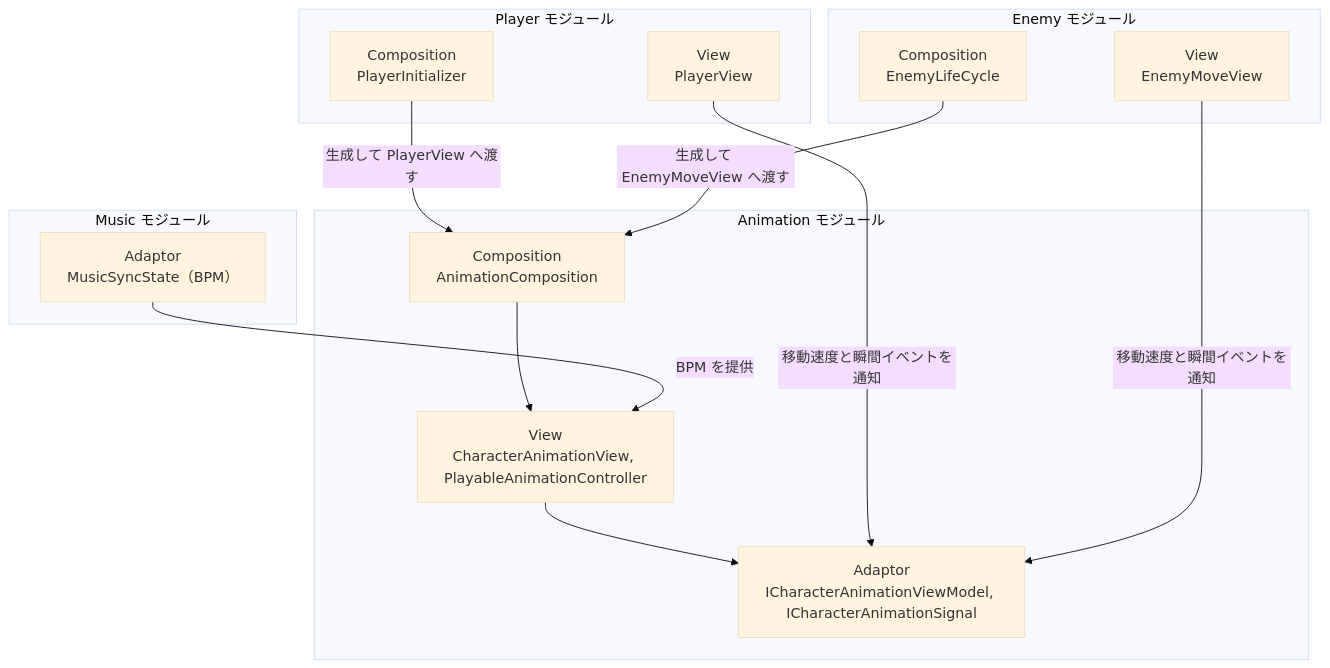
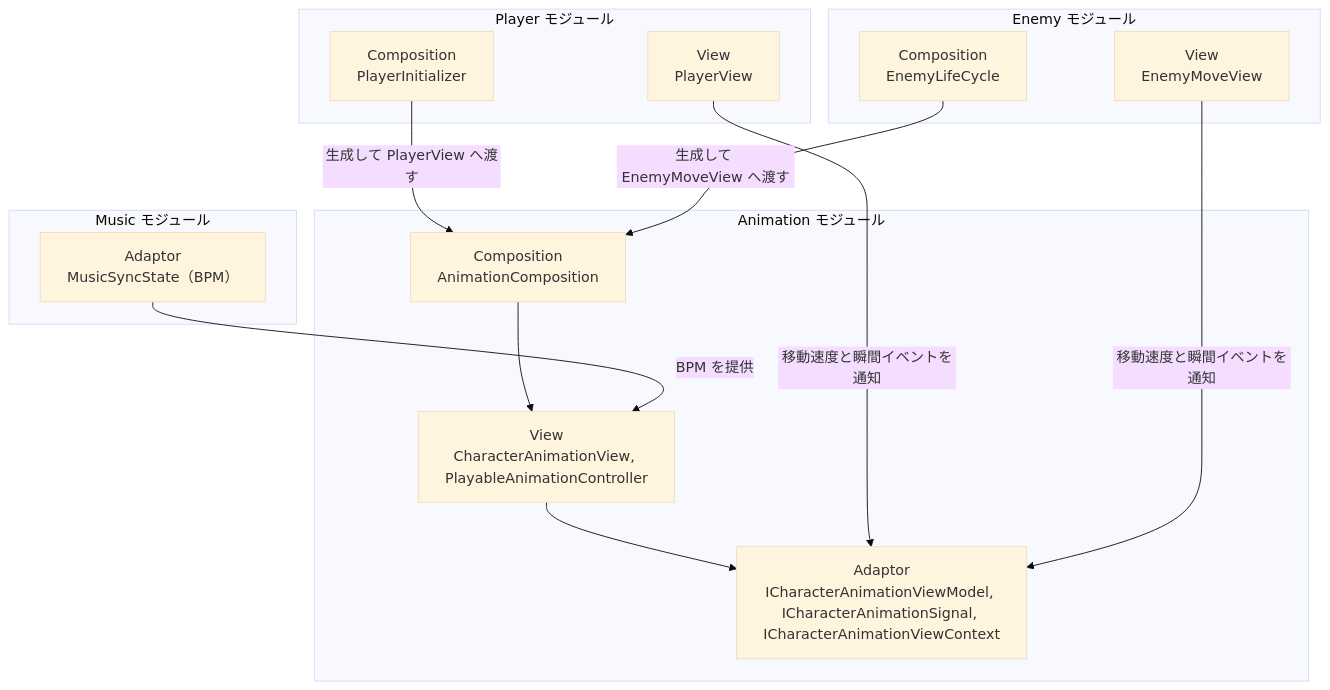
Before and after one commit to HIBIKI5201/SymphonyKillChord: the first of 3 diagrams in Assets/Docs/ScriptsDocs/Modules/NotionModuleDocs/Animation.md, drawn with Mermaid (base theme). The commit also changed other lines of this file and 8 other files, not shown here.

````diff
--- a/Assets/Docs/ScriptsDocs/Modules/NotionModuleDocs/Animation.md
+++ b/Assets/Docs/ScriptsDocs/Modules/NotionModuleDocs/Animation.md
@@ -50,32 +50,32 @@
 ```mermaid
 graph TD
     %% 定義 (接続のないレイヤーは省略)
     subgraph AnimationModule [Animation モジュール]
-        A_Adaptor["Adaptor<br>ICharacterAnimationViewModel, ICharacterAnimationSignal"]
+        A_Adaptor["Adaptor<br>ICharacterAnimationViewModel, ICharacterAnimationSignal, ICharacterAnimationViewContext"]
         A_View["View<br>CharacterAnimationView, PlayableAnimationController"]
         A_Composition["Composition<br>AnimationComposition"]
         A_View --> A_Adaptor
         A_Composition --> A_View
     end
 
     subgraph PlayerModule [Player モジュール]
         P_View["View<br>PlayerView"]
         P_Composition["Composition<br>PlayerInitializer"]
     end
 
     subgraph EnemyModule [Enemy モジュール]
         E_View["View<br>EnemyMoveView"]
         E_Composition["Composition<br>EnemyLifeCycle"]
     end
 
     subgraph MusicModule [Music モジュール]
         M_State["Adaptor<br>MusicSyncState（BPM）"]
     end
 
     %% 依存関係
     P_Composition -->|"生成して PlayerView へ渡す"| A_Composition
     E_Composition -->|"生成して EnemyMoveView へ渡す"| A_Composition
     P_View -->|"移動速度と瞬間イベントを通知"| A_Adaptor
     E_View -->|"移動速度と瞬間イベントを通知"| A_Adaptor
     M_State -->|"BPM を提供"| A_View
 ```
````
